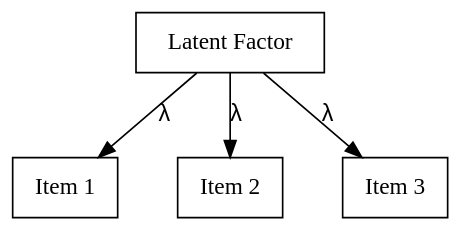
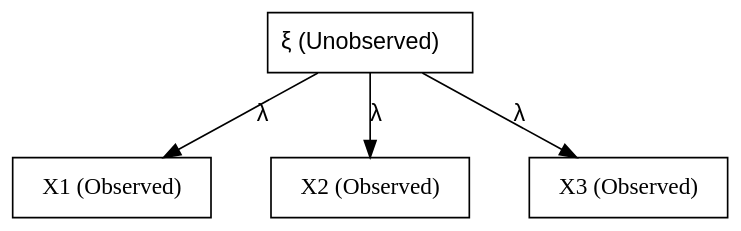
Before and after one commit to kevinli03/pspe: the diagram in latent/class.qmd, drawn with Graphviz. The commit also changed other lines of this file and 66 other files, not shown here.

````diff
--- a/latent/class.qmd
+++ b/latent/class.qmd
@@ -8,20 +8,20 @@
 ```{dot}
-//| fig-width: 4
+//| fig-width: 4.5
 //| fig-height: 1.4
 digraph example2 {
   bgcolor="transparent";
   // Nodes
-  F [shape=box, pos = "0,0!", label="Latent Factor"]
-  X1 [shape=box, pos = "2,0!", label="Item 1"]
-  X2 [shape=box, pos = "1,-2!", label="Item 2"]
-  X3 [shape=box, pos="1,0!", label="Item 3"]
+  F [shape=box, pos = "0,0!", label=<<FONT FACE="Helvetica">&xi; (Unobserved)</FONT>>]
+  X1 [shape=box, pos = "2,0!", label="X1 (Observed)"]
+  X2 [shape=box, pos = "1,-2!", label="X2 (Observed)"]
+  X3 [shape=box, pos="1,0!", label="X3 (Observed)"]
 
   // Edges
-  {F -> X1 [label=<<FONT FACE="Arial">&lambda;</FONT>>]}
-  {F -> X2 [label=<<FONT FACE="Arial">&lambda;</FONT>>]}
-  {F -> X3 [label=<<FONT FACE="Arial">&lambda;</FONT>>]}
+  {F -> X1 [label=<<FONT FACE="Helvetica">&lambda;</FONT>>]}
+  {F -> X2 [label=<<FONT FACE="Helvetica">&lambda;</FONT>>]}
+  {F -> X3 [label=<<FONT FACE="Helvetica">&lambda;</FONT>>]}
   
   graph [nodesep=0.5, ranksep=0.5]
 
 }
 ```
````
